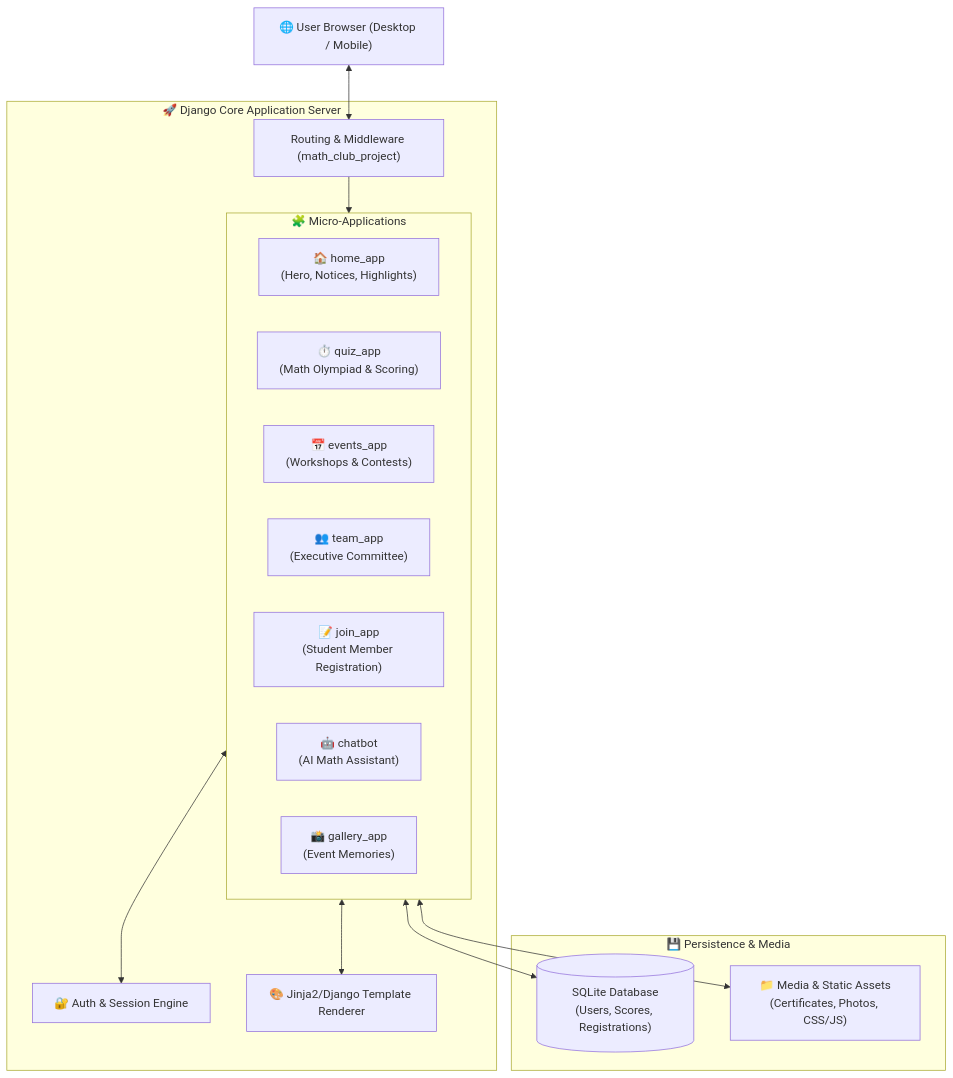
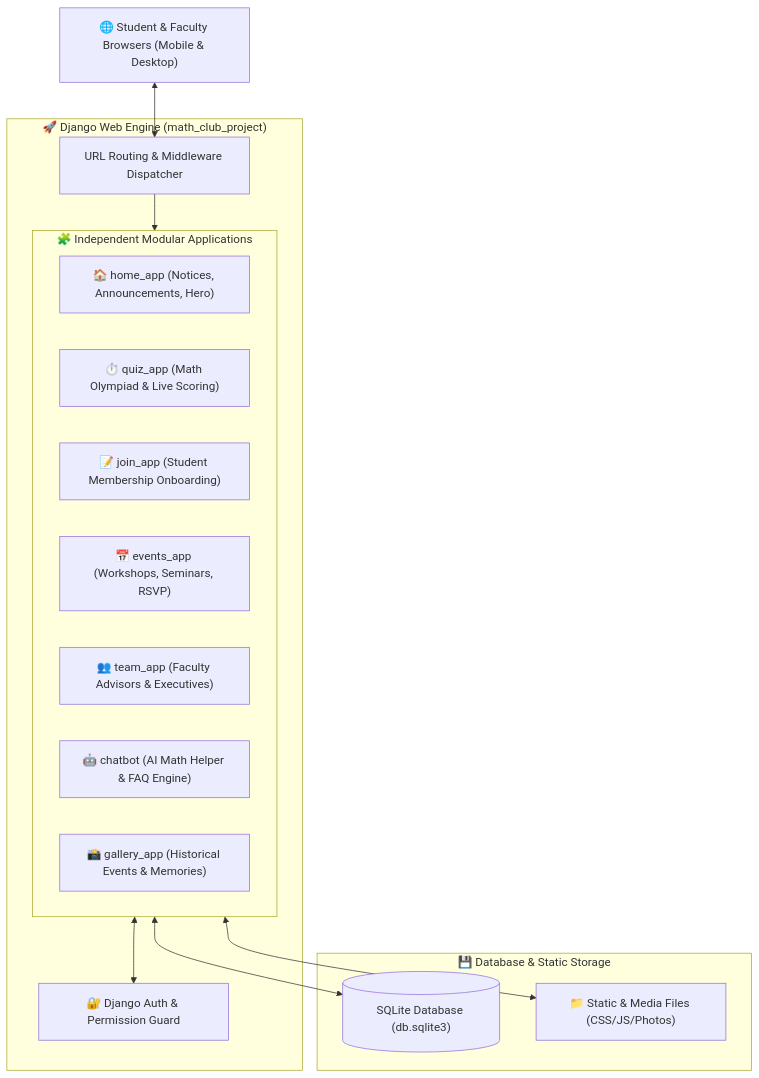
One commit to MominRifat/Math_Club_CSE changed the diagram in README.md. Above: the diagram before and after it, drawn with Mermaid. The commit also changed other lines of this file, not shown here.

Commit message:
docs: enhance README with comprehensive tech stack, setup guide, and 2D/3D architecture

````diff
--- a/README.md
+++ b/README.md
@@ -29,33 +45,31 @@
 ```mermaid
 flowchart TD
-    Client["🌐 User Browser (Desktop / Mobile)"]
+    Client["🌐 Student & Faculty Browsers (Mobile & Desktop)"]
 
-    subgraph Django_Core["🚀 Django Core Application Server"]
-        URL["Routing & Middleware (math_club_project)"]
+    subgraph Django_Kernel["🚀 Django Web Engine (math_club_project)"]
+        Router["URL Routing & Middleware Dispatcher"]
         
-        subgraph Modular_Apps["🧩 Micro-Applications"]
-            HomeApp["🏠 home_app<br/>(Hero, Notices, Highlights)"]
-            QuizApp["⏱️ quiz_app<br/>(Math Olympiad & Scoring)"]
-            EventsApp["📅 events_app<br/>(Workshops & Contests)"]
-            TeamApp["👥 team_app<br/>(Executive Committee)"]
-            JoinApp["📝 join_app<br/>(Student Member Registration)"]
-            ChatbotApp["🤖 chatbot<br/>(AI Math Assistant)"]
-            GalleryApp["📸 gallery_app<br/>(Event Memories)"]
+        subgraph Sub_Apps["🧩 Independent Modular Applications"]
+            HomeApp["🏠 home_app (Notices, Announcements, Hero)"]
+            QuizApp["⏱️ quiz_app (Math Olympiad & Live Scoring)"]
+            JoinApp["📝 join_app (Student Membership Onboarding)"]
+            EventsApp["📅 events_app (Workshops, Seminars, RSVP)"]
+            TeamApp["👥 team_app (Faculty Advisors & Executives)"]
+            ChatbotApp["🤖 chatbot (AI Math Helper & FAQ Engine)"]
+            GalleryApp["📸 gallery_app (Historical Events & Memories)"]
         end
 
-        AuthSystem["🔐 Auth & Session Engine"]
-        TemplateEngine["🎨 Jinja2/Django Template Renderer"]
+        AuthCore["🔐 Django Auth & Permission Guard"]
     end
 
-    subgraph Data_Storage["💾 Persistence & Media"]
-        DB[("SQLite Database<br/>(Users, Scores, Registrations)")]
-        Media["📁 Media & Static Assets<br/>(Certificates, Photos, CSS/JS)"]
+    subgraph Storage_Layer["💾 Database & Static Storage"]
+        DB[("SQLite Database (db.sqlite3)")]
+        StaticStore["📁 Static & Media Files (CSS/JS/Photos)"]
     end
 
-    Client <--> URL
-    URL --> Modular_Apps
-    Modular_Apps <--> AuthSystem
-    Modular_Apps <--> TemplateEngine
-    Modular_Apps <--> DB
-    Modular_Apps <--> Media
+    Client <--> Router
+    Router --> Sub_Apps
+    Sub_Apps <--> AuthCore
+    Sub_Apps <--> DB
+    Sub_Apps <--> StaticStore
 ```
````
